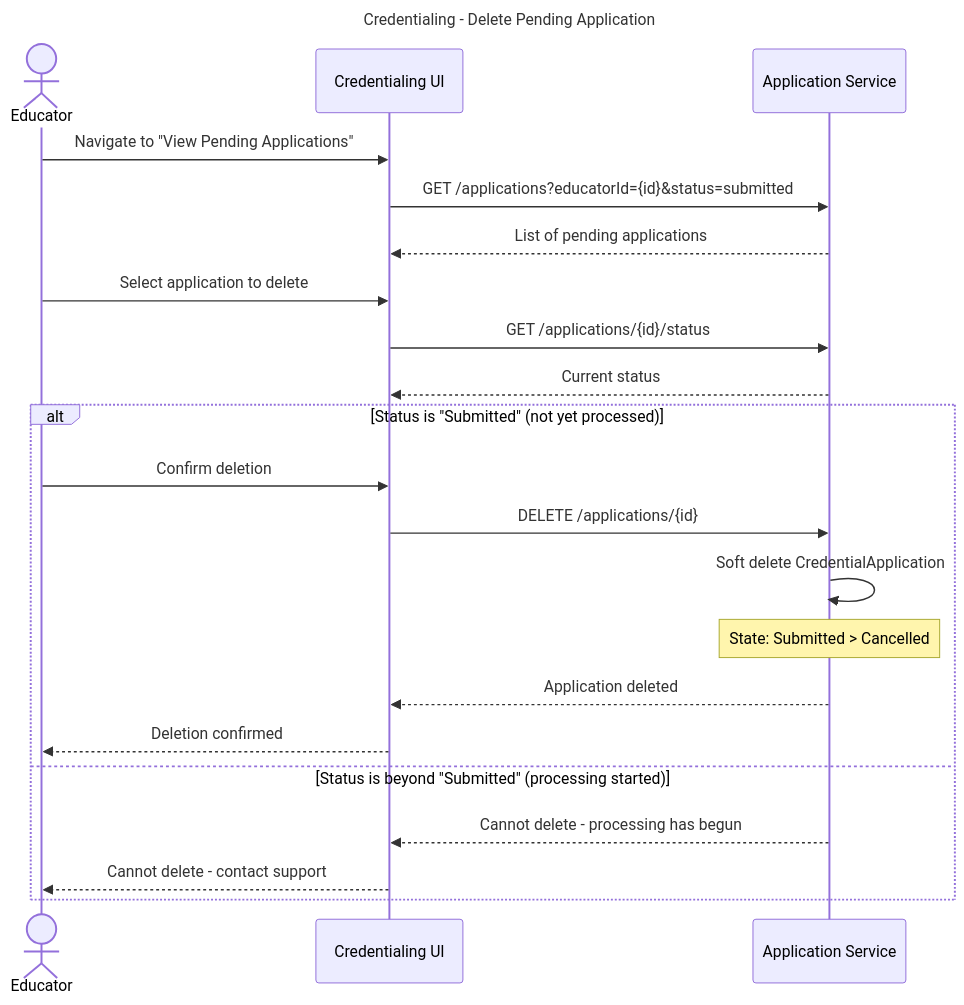
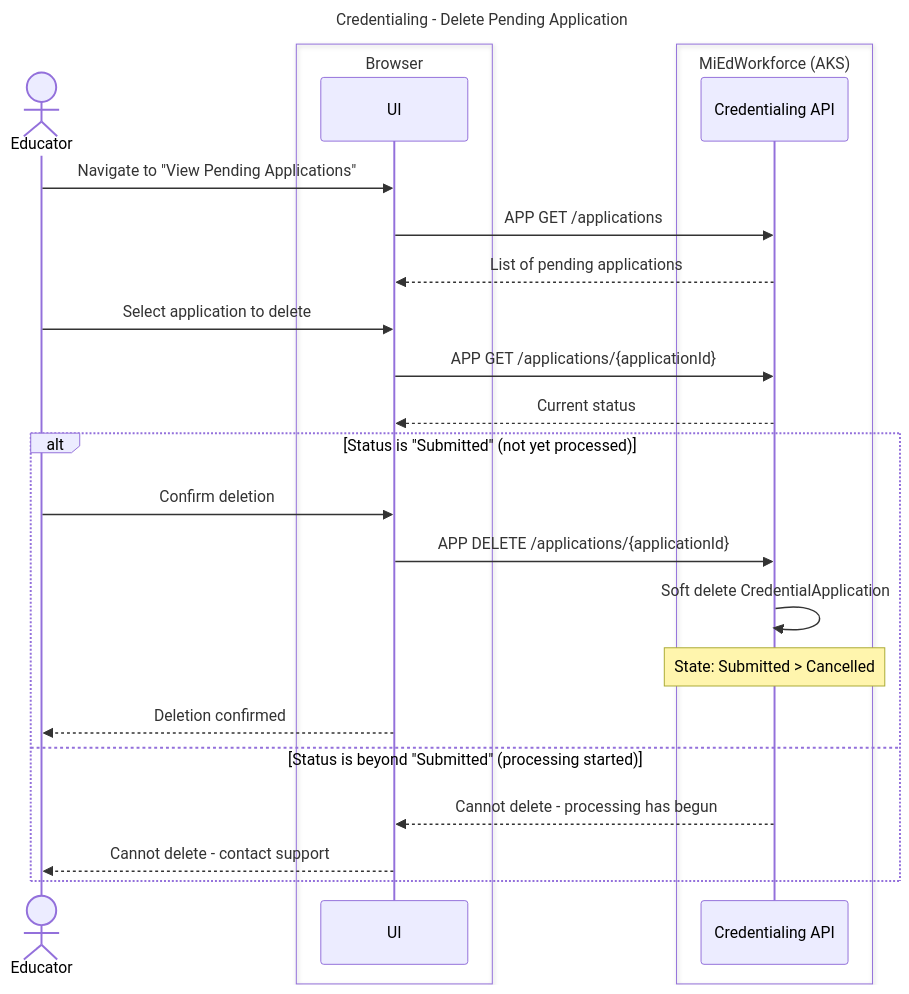
Before and after one commit to mnichols-dl/mied-design: diagram 17 of 23 in working-docs/solution-areas/credentialing/credentialing-sequences.md, drawn with Mermaid. The commit also changed other lines of this file and 34 other files, not shown here.

Commit message:
Update sequences and perform RTM assessment

````diff
--- a/working-docs/solution-areas/credentialing/credentialing-sequences.md
+++ b/working-docs/solution-areas/credentialing/credentialing-sequences.md
@@ -907,31 +1052,34 @@
 ```mermaid
 ---
 title: Credentialing - Delete Pending Application
 ---
 sequenceDiagram
     actor Educator
-    participant UI as Credentialing UI
-    participant AppService as Application Service
-    
+    box Browser
+        participant UI
+    end
+    box MiEdWorkforce (AKS)
+        participant CredApi as Credentialing API
+    end
+
     Educator->>UI: Navigate to "View Pending Applications"
-    UI->>AppService: GET /applications?educatorId={id}&status=submitted
-    AppService-->>UI: List of pending applications
-    
+    UI->>CredApi: APP GET /applications
+    CredApi-->>UI: List of pending applications
+
     Educator->>UI: Select application to delete
-    UI->>AppService: GET /applications/{id}/status
-    AppService-->>UI: Current status
-    
+    UI->>CredApi: APP GET /applications/{applicationId}
+    CredApi-->>UI: Current status
+
     alt Status is "Submitted" (not yet processed)
         Educator->>UI: Confirm deletion
-        UI->>AppService: DELETE /applications/{id}
-        AppService->>AppService: Soft delete CredentialApplication
-        Note over AppService: State: Submitted > Cancelled
-        
-        AppService-->>UI: Application deleted
+        UI->>CredApi: APP DELETE /applications/{applicationId}
+        CredApi->>CredApi: Soft delete CredentialApplication
+        Note over CredApi: State: Submitted > Cancelled
+
         UI-->>Educator: Deletion confirmed
-        
+
     else Status is beyond "Submitted" (processing started)
-        AppService-->>UI: Cannot delete - processing has begun
+        CredApi-->>UI: Cannot delete - processing has begun
         UI-->>Educator: Cannot delete - contact support
     end
 ```
````
